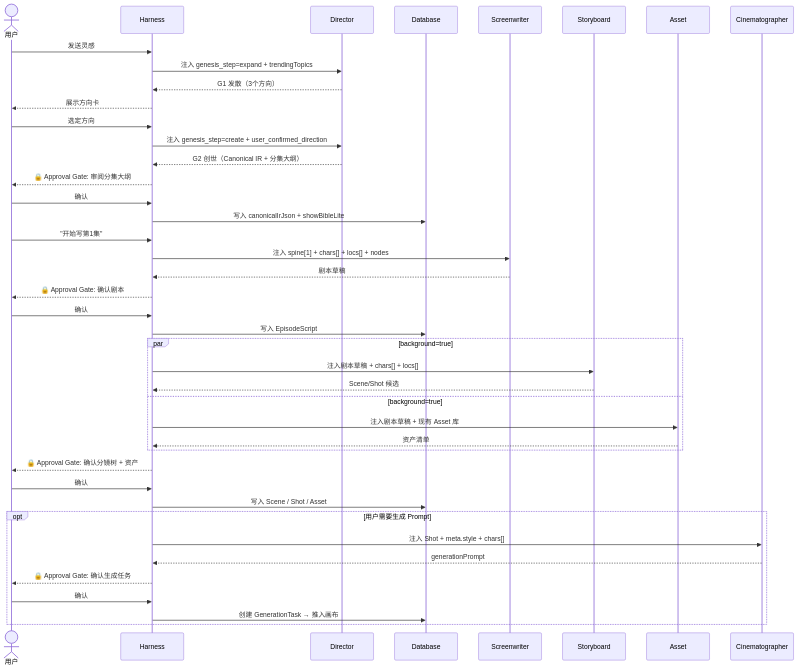
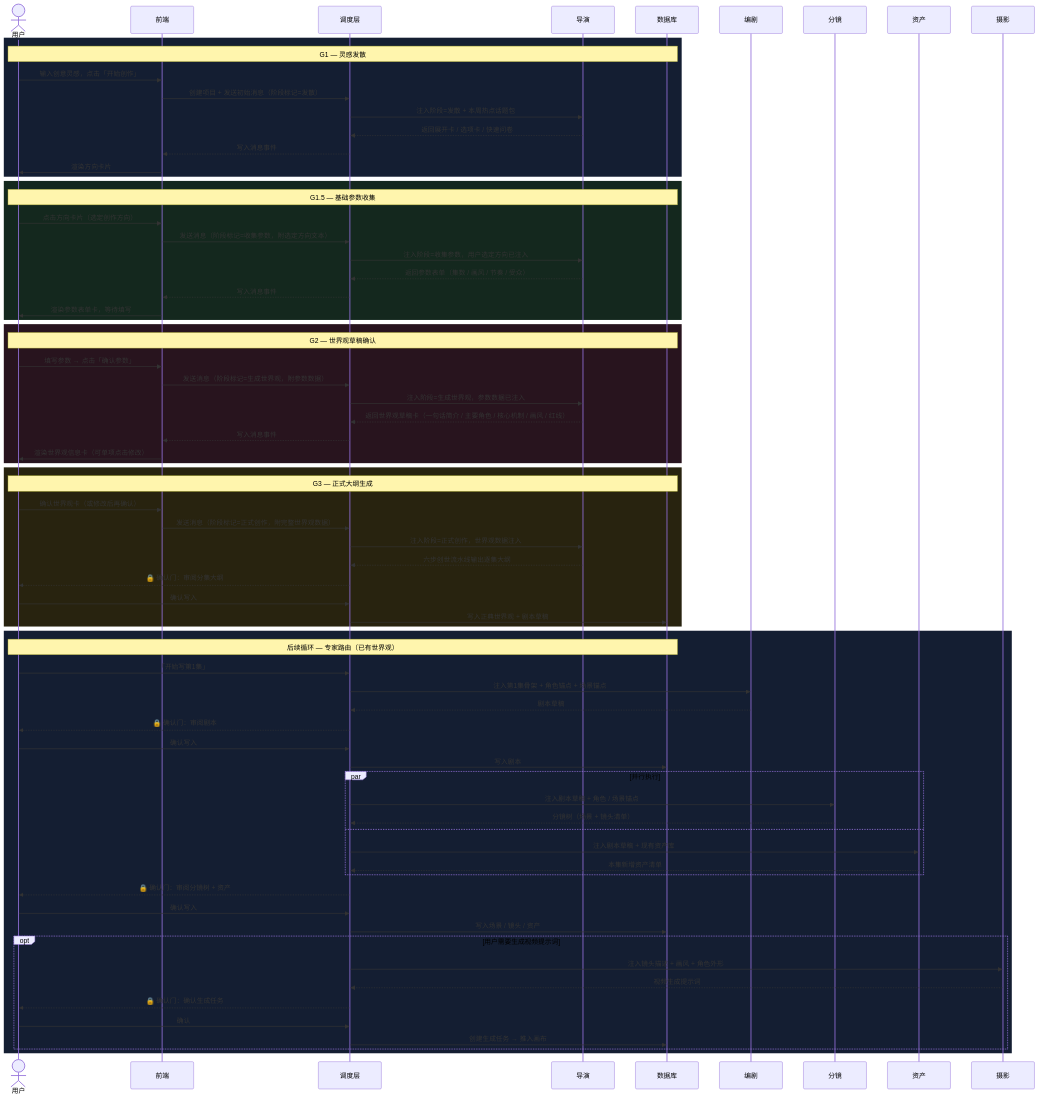
The second of 2 diagrams in agents/AGENTS-PRD.md (helix381/actnow), drawn with Mermaid before and after one commit. The commit also changed other lines of this file and 17 other files, not shown here.

````diff
--- a/agents/AGENTS-PRD.md
+++ b/agents/AGENTS-PRD.md
@@ -471,50 +513,83 @@
 ```mermaid
 sequenceDiagram
-    actor U as 用户
-    participant H as Harness
-    participant D as Director
-    participant DB as Database
-    participant SW as Screenwriter
-    participant SB as Storyboard
-    participant AS as Asset
-    participant CM as Cinematographer
+    actor 用户
+    participant 前端
+    participant 调度层
+    participant 导演
+    participant 数据库
+    participant 编剧
+    participant 分镜
+    participant 资产
+    participant 摄影
 
-    U->>H: 发送灵感
-    H->>D: 注入 genesis_step=expand + trendingTopics
-    D-->>H: G1 发散（3个方向）
-    H-->>U: 展示方向卡
-
-    U->>H: 选定方向
-    H->>D: 注入 genesis_step=create + user_confirmed_direction
-    D-->>H: G2 创世（Canonical IR + 分集大纲）
-    H-->>U: 🔒 Approval Gate: 审阅分集大纲
-    U->>H: 确认
-    H->>DB: 写入 canonicalIrJson + showBibleLite
-
-    U->>H: "开始写第1集"
-    H->>SW: 注入 spine[1] + chars[] + locs[] + nodes
-    SW-->>H: 剧本草稿
-    H-->>U: 🔒 Approval Gate: 确认剧本
-    U->>H: 确认
-    H->>DB: 写入 EpisodeScript
-
-    par background=true
-        H->>SB: 注入剧本草稿 + chars[] + locs[]
-        SB-->>H: Scene/Shot 候选
-    and background=true
-        H->>AS: 注入剧本草稿 + 现有 Asset 库
-        AS-->>H: 资产清单
+    rect rgb(20, 30, 50)
+        Note over 用户,数据库: G1 — 灵感发散
+        用户->>前端: 输入创意灵感，点击「开始创作」
+        前端->>调度层: 创建项目 + 发送初始消息（阶段标记=发散）
+        调度层->>导演: 注入阶段=发散 + 本周热点话题包
+        导演-->>调度层: 返回展开卡 / 选项卡 / 快速问卷
+        调度层-->>前端: 写入消息事件
+        前端->>用户: 渲染方向卡片
     end
 
-    H-->>U: 🔒 Approval Gate: 确认分镜树 + 资产
-    U->>H: 确认
-    H->>DB: 写入 Scene / Shot / Asset
+    rect rgb(20, 40, 30)
+        Note over 用户,数据库: G1.5 — 基础参数收集
+        用户->>前端: 点击方向卡片（选定创作方向）
+        前端->>调度层: 发送消息（阶段标记=收集参数，附选定方向文本）
+        调度层->>导演: 注入阶段=收集参数，用户选定方向已注入
+        导演-->>调度层: 返回参数表单（集数 / 画风 / 节奏 / 受众）
+        调度层-->>前端: 写入消息事件
+        前端->>用户: 渲染参数表单卡，等待填写
+    end
 
-    opt 用户需要生成 Prompt
-        H->>CM: 注入 Shot + meta.style + chars[]
-        CM-->>H: generationPrompt
-        H-->>U: 🔒 Approval Gate: 确认生成任务
-        U->>H: 确认
-        H->>DB: 创建 GenerationTask → 推入画布
+    rect rgb(40, 20, 30)
+        Note over 用户,数据库: G2 — 世界观草稿确认
+        用户->>前端: 填写参数 → 点击「确认参数」
+        前端->>调度层: 发送消息（阶段标记=生成世界观，附参数数据）
+        调度层->>导演: 注入阶段=生成世界观，参数数据已注入
+        导演-->>调度层: 返回世界观草稿卡（一句话简介 / 主要角色 / 核心机制 / 画风 / 红线）
+        调度层-->>前端: 写入消息事件
+        前端->>用户: 渲染世界观信息卡（可单项点击修改）
+    end
+
+    rect rgb(40, 35, 15)
+        Note over 用户,数据库: G3 — 正式大纲生成
+        用户->>前端: 确认世界观卡（或修改后再确认）
+        前端->>调度层: 发送消息（阶段标记=正式创作，附完整世界观数据）
+        调度层->>导演: 注入阶段=正式创作，世界观数据注入
+        导演-->>调度层: 六步创世流水线输出逐集大纲
+        调度层-->>用户: 🔒 确认门：审阅分集大纲
+        用户->>调度层: 确认写入
+        调度层->>数据库: 写入正典世界观 + 剧本草稿
+    end
+
+    rect rgb(20, 30, 50)
+        Note over 用户,数据库: 后续循环 — 专家路由（已有世界观）
+        用户->>调度层: 「开始写第1集」
+        调度层->>编剧: 注入第1集骨架 + 角色锚点 + 场景锚点
+        编剧-->>调度层: 剧本草稿
+        调度层-->>用户: 🔒 确认门：审阅剧本
+        用户->>调度层: 确认写入
+        调度层->>数据库: 写入剧本
+
+        par 并行执行
+            调度层->>分镜: 注入剧本草稿 + 角色 / 场景锚点
+            分镜-->>调度层: 分镜树（场景 + 镜头清单）
+        and
+            调度层->>资产: 注入剧本草稿 + 现有资产库
+            资产-->>调度层: 本集新增资产清单
+        end
+
+        调度层-->>用户: 🔒 确认门：审阅分镜树 + 资产
+        用户->>调度层: 确认写入
+        调度层->>数据库: 写入场景 / 镜头 / 资产
+
+        opt 用户需要生成视频提示词
+            调度层->>摄影: 注入镜头描述 + 画风 + 角色外形
+            摄影-->>调度层: 视频生成提示词
+            调度层-->>用户: 🔒 确认门：确认生成任务
+            用户->>调度层: 确认
+            调度层->>数据库: 创建生成任务 → 推入画布
+        end
     end
 ```
````
